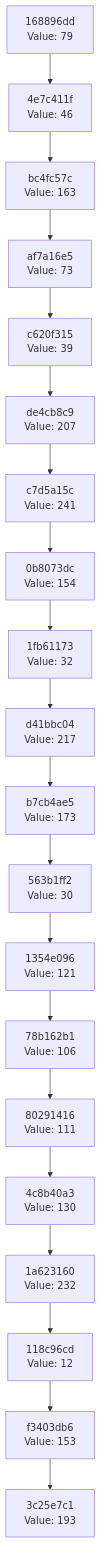
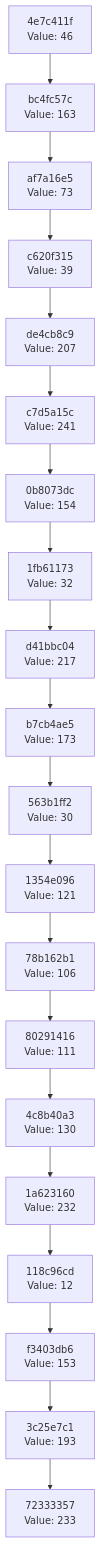
Before and after one commit to Abhisheksinha1506/hash-chain-evolver: the diagram in docs/CHAIN_VISUALIZATION.md, drawn with Mermaid. The commit also changed 1 other file, not shown here.

Commit message:
Evolution step: hash 0xE9 → action executed

````diff
--- a/docs/CHAIN_VISUALIZATION.md
+++ b/docs/CHAIN_VISUALIZATION.md
@@ -3,42 +3,42 @@
 ```mermaid
 graph TD
-    C0["3c25e7c1<br/>Value: 193"]
-    C1["f3403db6<br/>Value: 153"]
+    C0["72333357<br/>Value: 233"]
+    C1["3c25e7c1<br/>Value: 193"]
     C1 --> C0
-    C2["118c96cd<br/>Value: 12"]
+    C2["f3403db6<br/>Value: 153"]
     C2 --> C1
-    C3["1a623160<br/>Value: 232"]
+    C3["118c96cd<br/>Value: 12"]
     C3 --> C2
-    C4["4c8b40a3<br/>Value: 130"]
+    C4["1a623160<br/>Value: 232"]
     C4 --> C3
-    C5["80291416<br/>Value: 111"]
+    C5["4c8b40a3<br/>Value: 130"]
     C5 --> C4
-    C6["78b162b1<br/>Value: 106"]
+    C6["80291416<br/>Value: 111"]
     C6 --> C5
-    C7["1354e096<br/>Value: 121"]
+    C7["78b162b1<br/>Value: 106"]
     C7 --> C6
-    C8["563b1ff2<br/>Value: 30"]
+    C8["1354e096<br/>Value: 121"]
     C8 --> C7
-    C9["b7cb4ae5<br/>Value: 173"]
+    C9["563b1ff2<br/>Value: 30"]
     C9 --> C8
-    C10["d41bbc04<br/>Value: 217"]
+    C10["b7cb4ae5<br/>Value: 173"]
     C10 --> C9
-    C11["1fb61173<br/>Value: 32"]
+    C11["d41bbc04<br/>Value: 217"]
     C11 --> C10
-    C12["0b8073dc<br/>Value: 154"]
+    C12["1fb61173<br/>Value: 32"]
     C12 --> C11
-    C13["c7d5a15c<br/>Value: 241"]
+    C13["0b8073dc<br/>Value: 154"]
     C13 --> C12
-    C14["de4cb8c9<br/>Value: 207"]
+    C14["c7d5a15c<br/>Value: 241"]
     C14 --> C13
-    C15["c620f315<br/>Value: 39"]
+    C15["de4cb8c9<br/>Value: 207"]
     C15 --> C14
-    C16["af7a16e5<br/>Value: 73"]
+    C16["c620f315<br/>Value: 39"]
     C16 --> C15
-    C17["bc4fc57c<br/>Value: 163"]
+    C17["af7a16e5<br/>Value: 73"]
     C17 --> C16
-    C18["4e7c411f<br/>Value: 46"]
+    C18["bc4fc57c<br/>Value: 163"]
     C18 --> C17
-    C19["168896dd<br/>Value: 79"]
+    C19["4e7c411f<br/>Value: 46"]
     C19 --> C18
 ```
````
